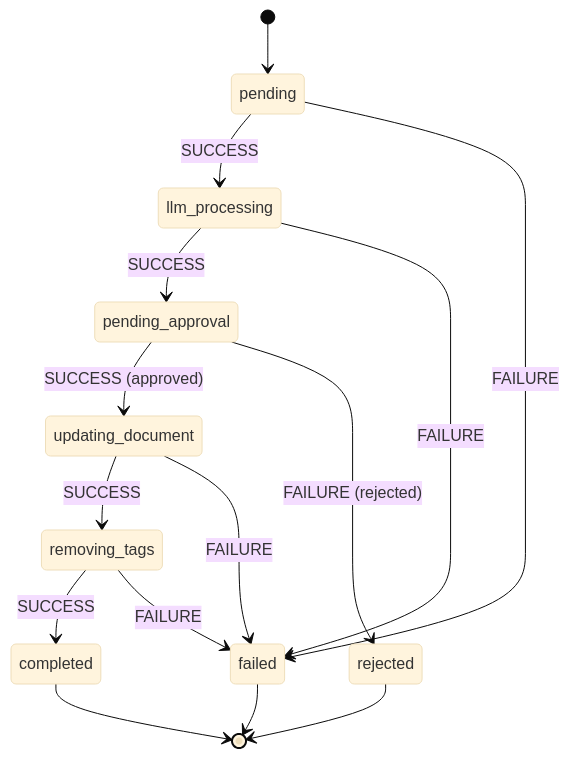
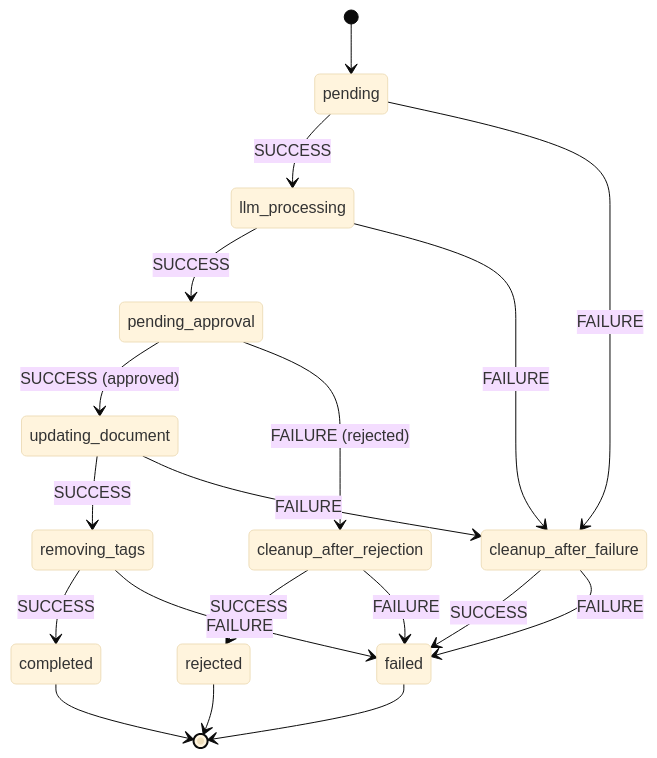
One commit to TiFu/paperless-llm changed the fourth of 5 diagrams in docs/architecture/backend.md. Above: the diagram before and after it, drawn with Mermaid (base theme). The commit also changed other lines of this file and 8 other files, not shown here.

````diff
--- a/docs/architecture/backend.md
+++ b/docs/architecture/backend.md
@@ -255,17 +257,21 @@
 ```mermaid
 stateDiagram-v2
     [*] --> pending
     pending --> llm_processing: SUCCESS
-    pending --> failed: FAILURE
+    pending --> cleanup_after_failure: FAILURE
     llm_processing --> pending_approval: SUCCESS
-    llm_processing --> failed: FAILURE
+    llm_processing --> cleanup_after_failure: FAILURE
     pending_approval --> updating_document: SUCCESS (approved)
-    pending_approval --> rejected: FAILURE (rejected)
+    pending_approval --> cleanup_after_rejection: FAILURE (rejected)
     updating_document --> removing_tags: SUCCESS
-    updating_document --> failed: FAILURE
+    updating_document --> cleanup_after_failure: FAILURE
     removing_tags --> completed: SUCCESS
     removing_tags --> failed: FAILURE
+    cleanup_after_failure --> failed: SUCCESS
+    cleanup_after_failure --> failed: FAILURE
+    cleanup_after_rejection --> rejected: SUCCESS
+    cleanup_after_rejection --> failed: FAILURE
     completed --> [*]
     failed --> [*]
     rejected --> [*]
 ```
````
